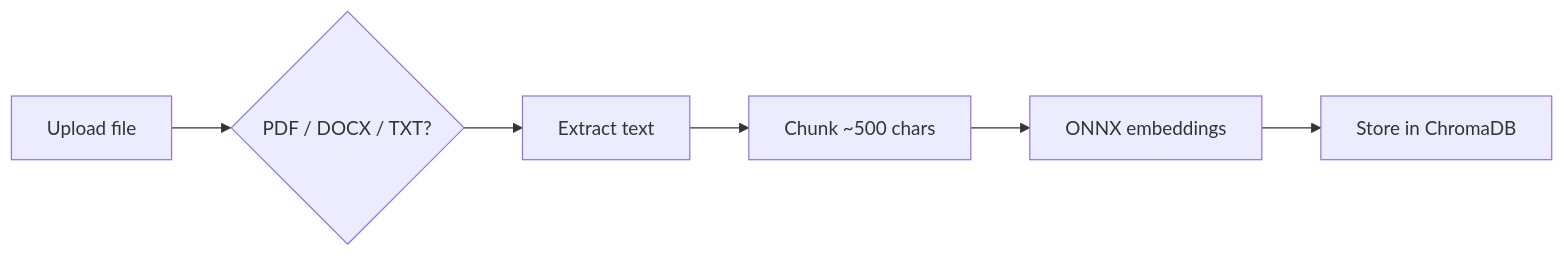
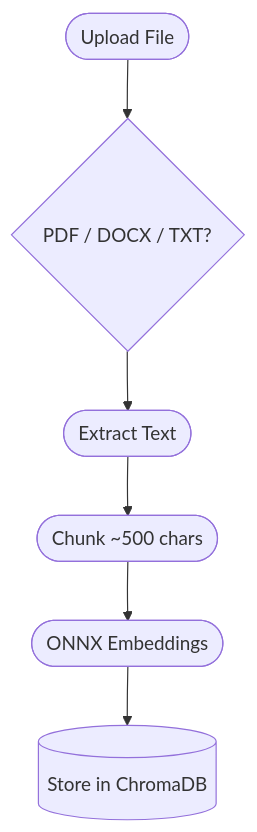
One commit to prthmmkhija1/RAGsystem changed the second of 4 diagrams in README.md. Above: the diagram before and after it, drawn with Mermaid. The commit also changed other lines of this file, not shown here.

Commit message:
Redesign mermaid diagrams - compact vertical layout

````diff
--- a/README.md
+++ b/README.md
@@ -29,4 +30,6 @@
 ```mermaid
-flowchart LR
-    A[Upload file] --> B{PDF / DOCX / TXT?} --> C[Extract text] --> D[Chunk ~500 chars] --> E[ONNX embeddings] --> F[Store in ChromaDB]
+flowchart TD
+    A([Upload File]) --> B{PDF / DOCX / TXT?}
+    B --> C([Extract Text]) --> D([Chunk ~500 chars])
+    D --> E([ONNX Embeddings]) --> F[(Store in ChromaDB)]
 ```
````
